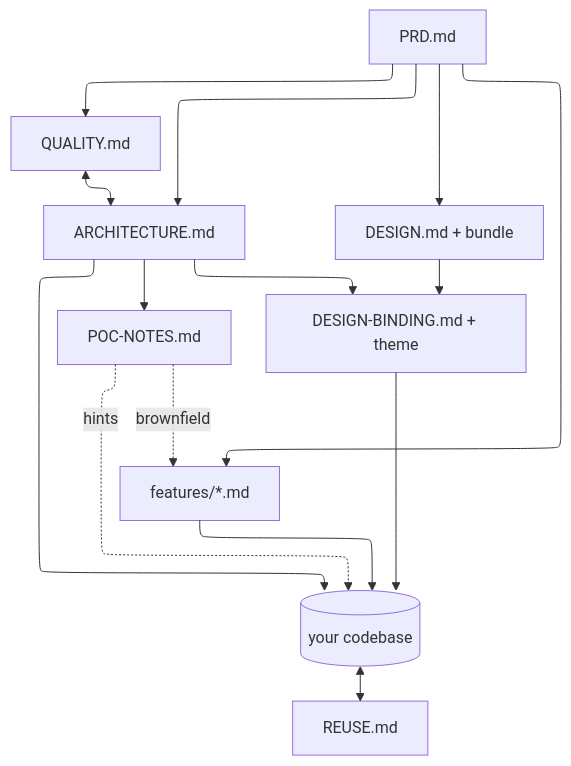
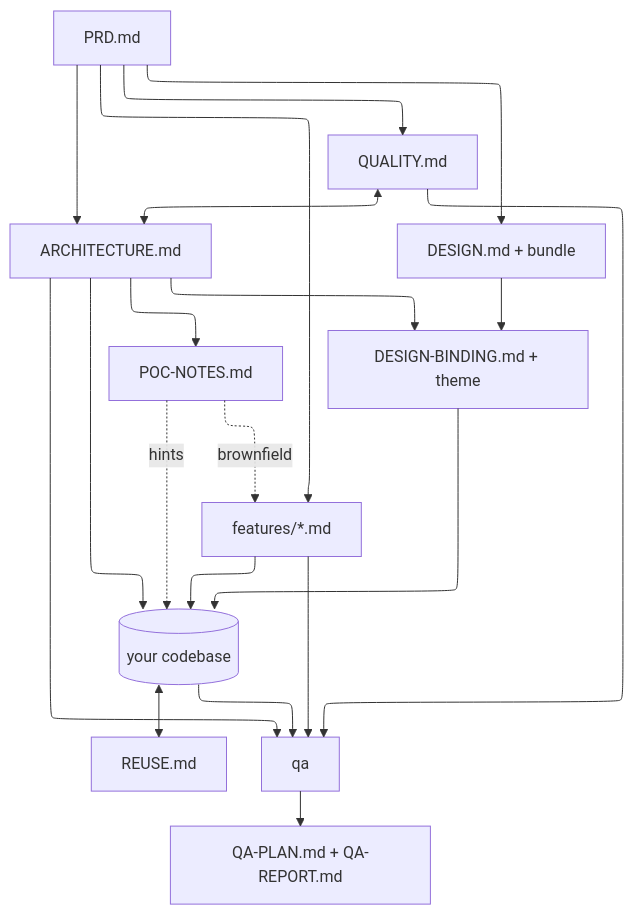
One commit to staizen-epi/project-builder-skills changed the second of 2 diagrams in README.md. Above: the diagram before and after it, drawn with Mermaid. The commit also changed other lines of this file and 18 other files, not shown here.

````diff
--- a/README.md
+++ b/README.md
@@ -45,23 +49,29 @@
 ```mermaid
 %%{init: {"flowchart": {"defaultRenderer": "elk"}} }%%
 flowchart TD
     PRD["PRD.md"]
     PRD --> QUAL["QUALITY.md"]
     PRD --> ARCH["ARCHITECTURE.md"]
     PRD --> DESIGN["DESIGN.md + bundle"]
     PRD --> FEAT["features/*.md"]
 
     QUAL <--> ARCH
 
     ARCH --> POC["POC-NOTES.md"]
     ARCH --> BIND["DESIGN-BINDING.md + theme"]
     DESIGN --> BIND
 
     POC -. brownfield .-> FEAT
 
     ARCH --> CODE[("your codebase")]
     BIND --> CODE
     FEAT --> CODE
     POC -. hints .-> CODE
     CODE <--> REUSE["REUSE.md"]
+
+    CODE --> QA["qa"]
+    ARCH --> QA
+    QUAL --> QA
+    FEAT --> QA
+    QA --> QAPLAN["QA-PLAN.md + QA-REPORT.md"]
 ```
````
